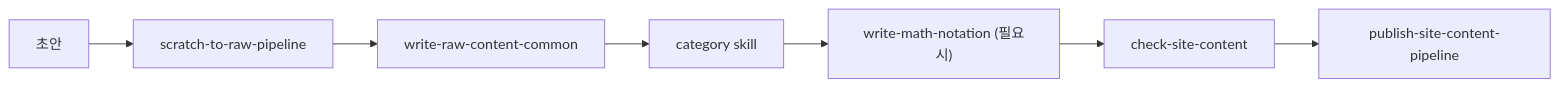
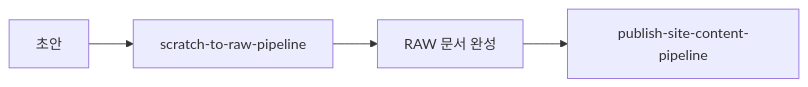
One commit to EchidnaRezero/SeraphField changed the second of 3 diagrams in docs/skills-map.md. Above: the diagram before and after it, drawn with Mermaid. The commit also changed other lines of this file and 26 other files, not shown here.

Commit message:
docs: consolidate project guidance and mermaid rules

````diff
--- a/docs/skills-map.md
+++ b/docs/skills-map.md
@@ -66,9 +75,6 @@
 ```mermaid
 flowchart LR
     A["초안"] --> B["scratch-to-raw-pipeline"]
-    B --> C["write-raw-content-common"]
-    C --> D["category skill"]
-    D --> E["write-math-notation (필요시)"]
-    E --> F["check-site-content"]
-    F --> G["publish-site-content-pipeline"]
+    B --> C["RAW 문서 완성"]
+    C --> D["publish-site-content-pipeline"]
 ```
````
